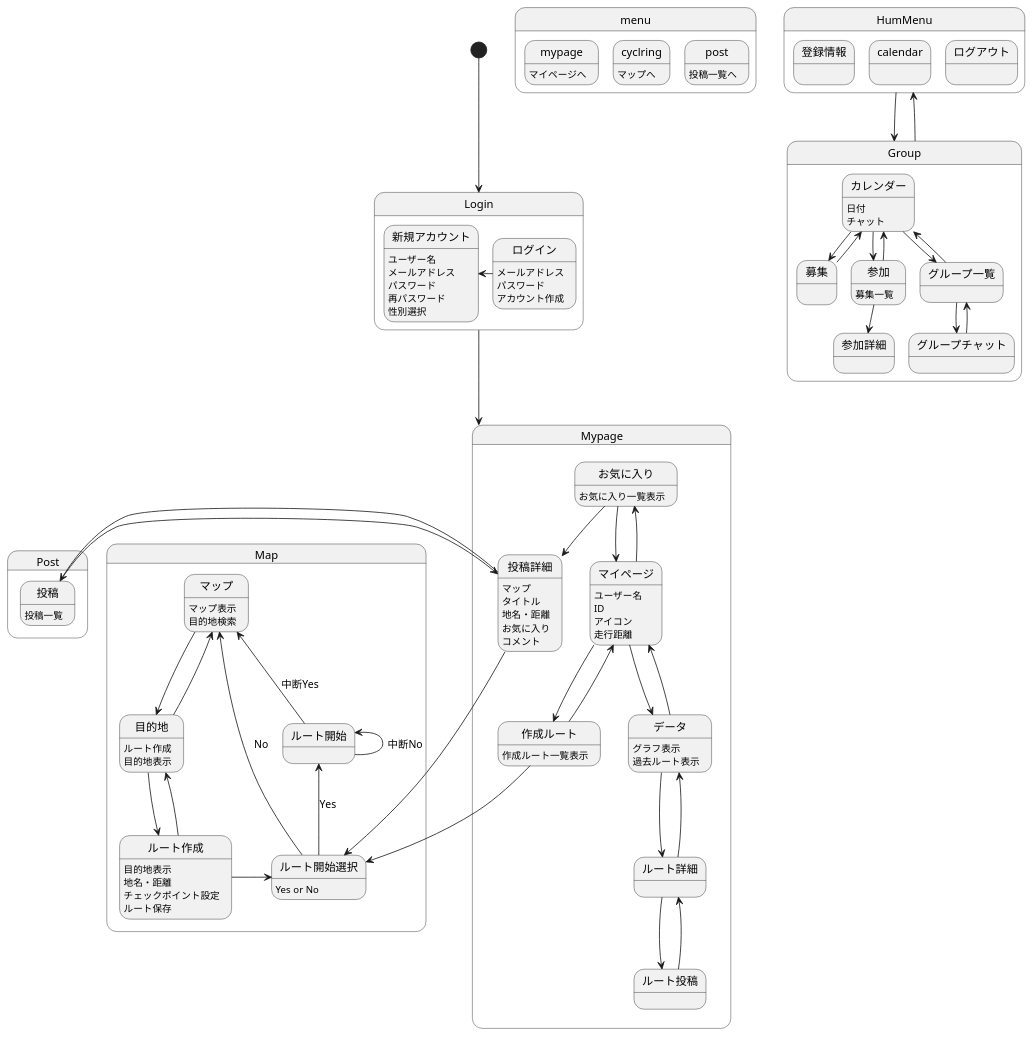
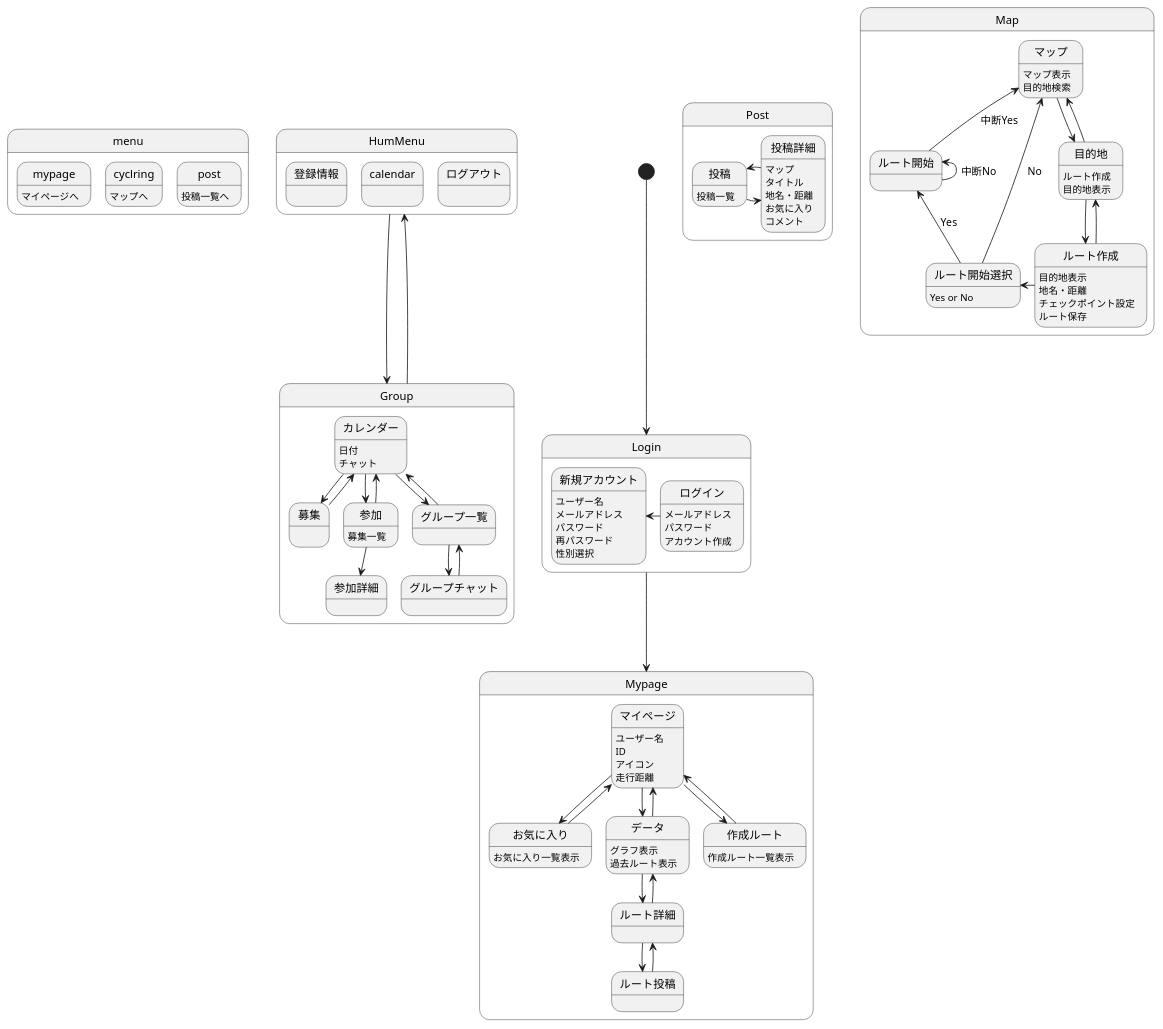
One commit to AsoSD3A3/CyclingSystem changed the diagram in 画面遷移図/gm.md. Above: the diagram before and after it, drawn with PlantUML.

````diff
--- a/画面遷移図/gm.md
+++ b/画面遷移図/gm.md
@@ -54,7 +54,6 @@
 マイページ:走行距離
 マイページ-down->お気に入り
 お気に入り-->マイページ
-お気に入り-->投稿詳細
 マイページ-down->データ
 データ-->マイページ
 データ-down->ルート詳細
@@ -79,7 +78,6 @@
 投稿詳細:地名・距離
 投稿詳細:お気に入り
 投稿詳細:コメント
-
 }
 
 state Map{
@@ -103,8 +101,6 @@
 ルート開始-up->ルート開始 :中断No
 ルート開始-up->マップ :中断Yes
 }
-作成ルート-->ルート開始選択
-投稿詳細-->ルート開始選択
 
 @enduml
 ```
````
